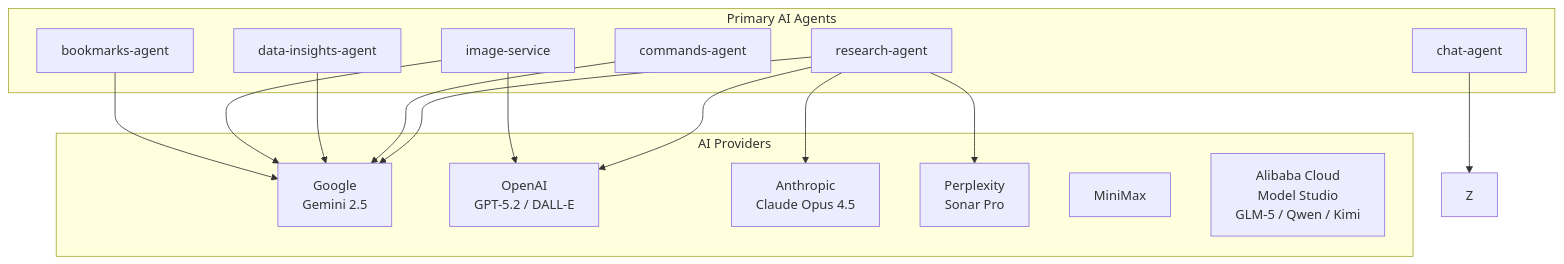
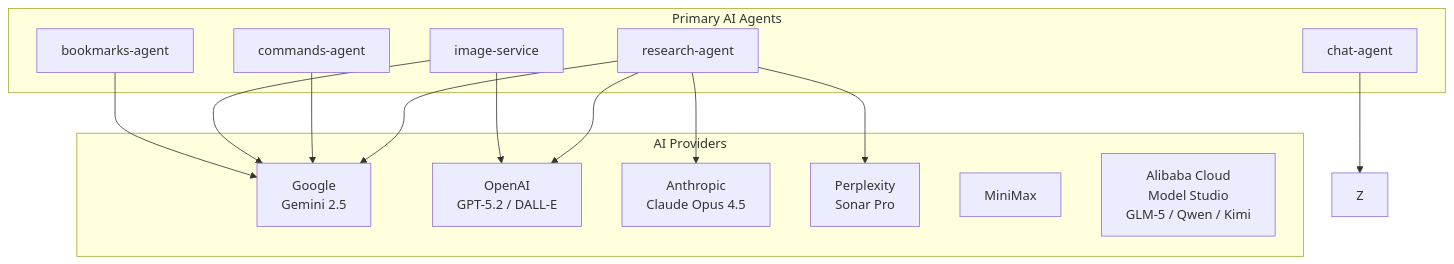
One commit to pbuchman/intexuraos changed the first of 2 diagrams in docs/services/index.md. Above: the diagram before and after it, drawn with Mermaid. The commit also changed other lines of this file and 51 other files, not shown here.

First line of the commit message:
docs: remove stale Data Insights references from docs, configs, and validation reports

````diff
--- a/docs/services/index.md
+++ b/docs/services/index.md
@@ -91,31 +91,29 @@
 ```mermaid
 graph TB
     subgraph "AI Providers"
         G[Google<br>Gemini 2.5]
         O[OpenAI<br>GPT-5.2 / DALL-E]
         A[Anthropic<br>Claude Opus 4.5]
         P[Perplexity<br>Sonar Pro]
         MM[MiniMax]
         AC[Alibaba Cloud<br>Model Studio<br>GLM-5 / Qwen / Kimi]
     end
 
     subgraph "Primary AI Agents"
         R[research-agent]
         C[commands-agent]
-        D[data-insights-agent]
         I[image-service]
         B[bookmarks-agent]
         CH[chat-agent]
     end
 
     R --> G
     R --> O
     R --> A
     R --> P
     C --> G
-    D --> G
     I --> O
     I --> G
     B --> G
     CH --> Z
 ```
````
